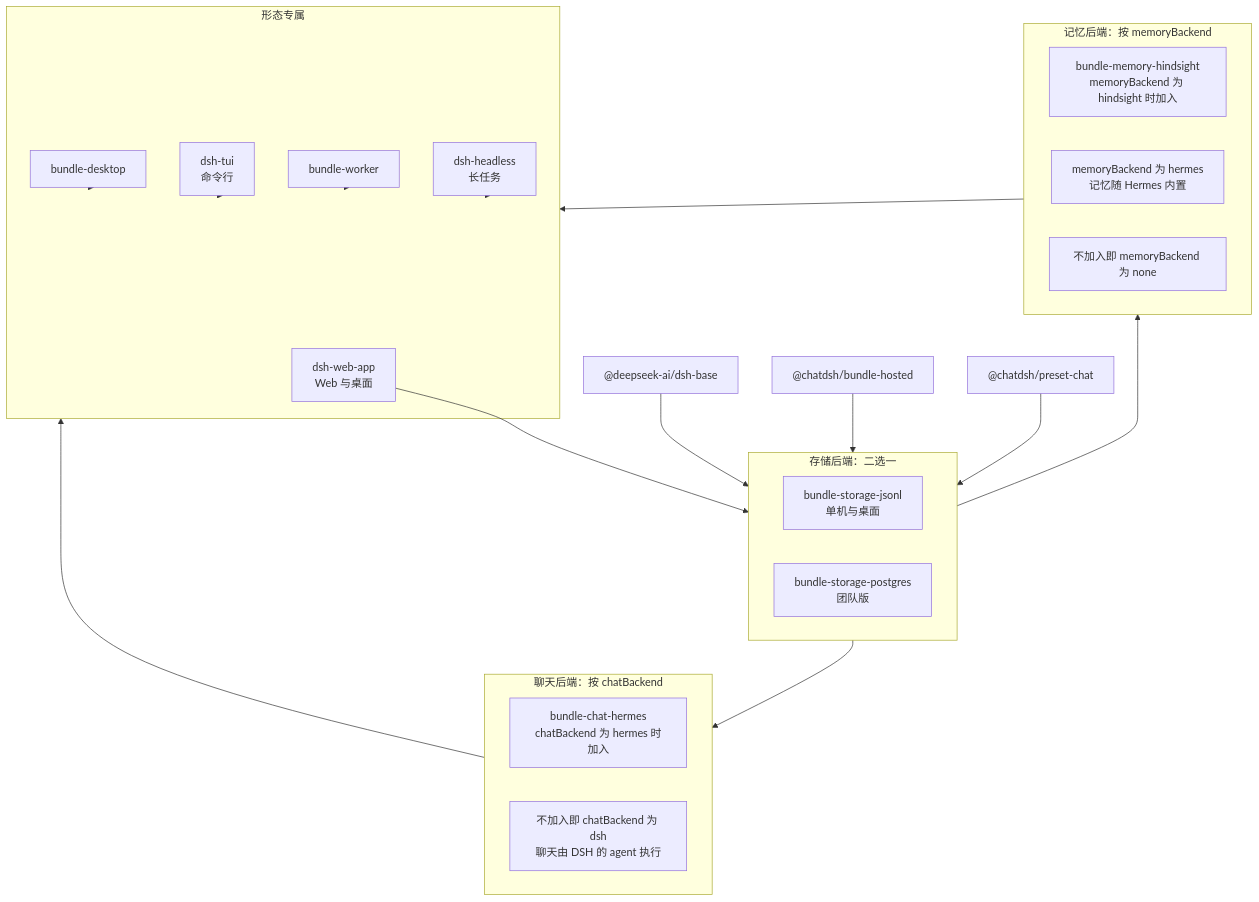
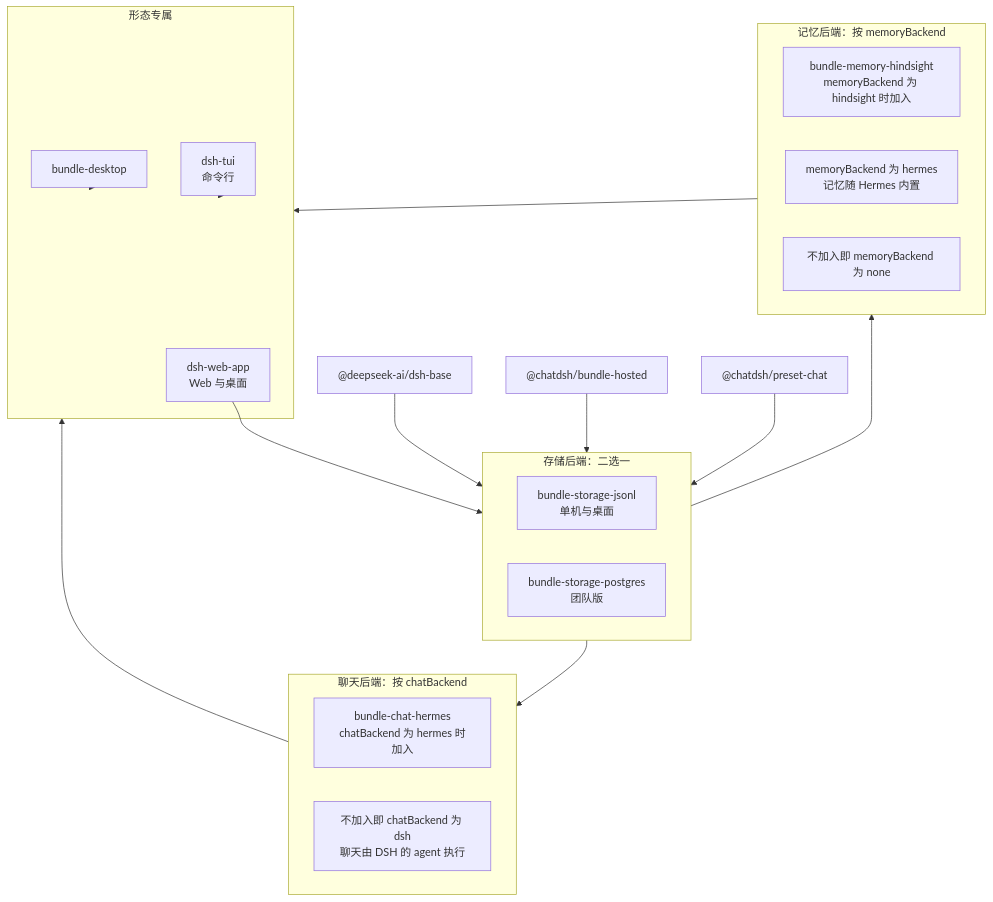
The sixth of 17 diagrams in runtime/docs/architecture-diagram.md (wenzetan/chatdsh), drawn with Mermaid before and after one commit. The commit also changed other lines of this file and 144 other files, not shown here.

````diff
--- a/runtime/docs/architecture-diagram.md
+++ b/runtime/docs/architecture-diagram.md
@@ -213,35 +209,31 @@
 ```mermaid
 flowchart TB
   DSHB["@deepseek-ai/dsh-base"] --> STORE
   HOSTB["@chatdsh/bundle-hosted"] --> STORE
   PBASE["@chatdsh/preset-chat"] --> STORE
   subgraph STORE["存储后端：二选一"]
     JS["bundle-storage-jsonl<br/>单机与桌面"]
     PG["bundle-storage-postgres<br/>团队版"]
   end
   subgraph CHAT["聊天后端：按 chatBackend"]
     HERB["bundle-chat-hermes<br/>chatBackend 为 hermes 时加入"]
     DSHB2["不加入即 chatBackend 为 dsh<br/>聊天由 DSH 的 agent 执行"]
   end
   subgraph MEM["记忆后端：按 memoryBackend"]
     HINB["bundle-memory-hindsight<br/>memoryBackend 为 hindsight 时加入"]
     HERMEM["memoryBackend 为 hermes<br/>记忆随 Hermes 内置"]
     NONE["不加入即 memoryBackend 为 none"]
   end
   subgraph FORM["形态专属"]
     WEBAPP["dsh-web-app<br/>Web 与桌面"]
     DESKB["bundle-desktop"]
     TUI["dsh-tui<br/>命令行"]
-    WORKB["bundle-worker"]
-    HEADL["dsh-headless<br/>长任务"]
   end
   WEBAPP --> STORE
   DESKB --> FORM
   TUI --> FORM
-  WORKB --> FORM
-  HEADL --> FORM
   STORE --> CHAT
   STORE --> MEM
   CHAT --> FORM
   MEM --> FORM
 ```
````
